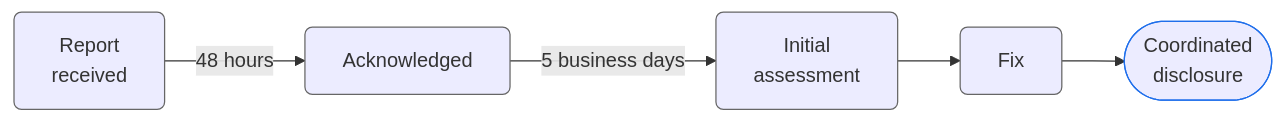
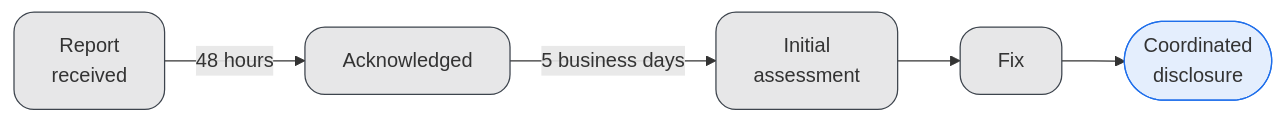
Before and after one commit to nykonhrytsyshyn/rhumb: the diagram in SECURITY.md, drawn with Mermaid. The commit also changed 4 other files, not shown here.

Commit message:
[ci-skip] Update diagram styles in documentation

````diff
--- a/SECURITY.md
+++ b/SECURITY.md
@@ -60,13 +60,13 @@
 ```mermaid
 flowchart LR
   A["Report<br/>received"] -->|"48 hours"| B["Acknowledged"]
   B -->|"5 business days"| C["Initial<br/>assessment"]
   C --> D["Fix"]
   D --> E(["Coordinated<br/>disclosure"])
 
-  classDef step stroke:#666, rx:6, ry:6
-  classDef good stroke:#1f6feb
+  classDef step filter:none, fill:#39363f1e, stroke:#3d444d, rx:16, ry:16
+  classDef good filter:none, fill:#1f6feb1e, stroke:#1f6feb
 
   class A,B,C,D step
   class E good
 ```
````
